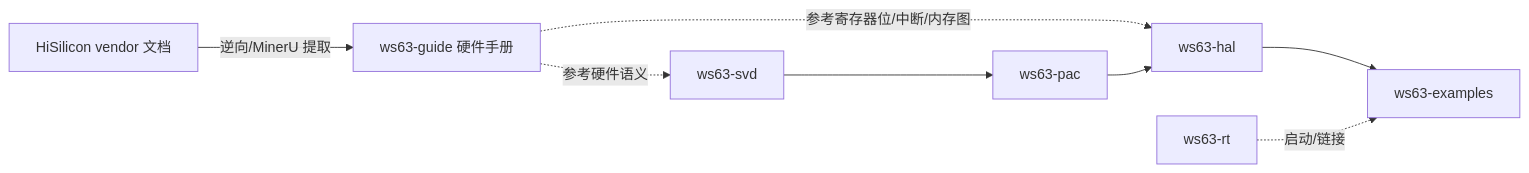
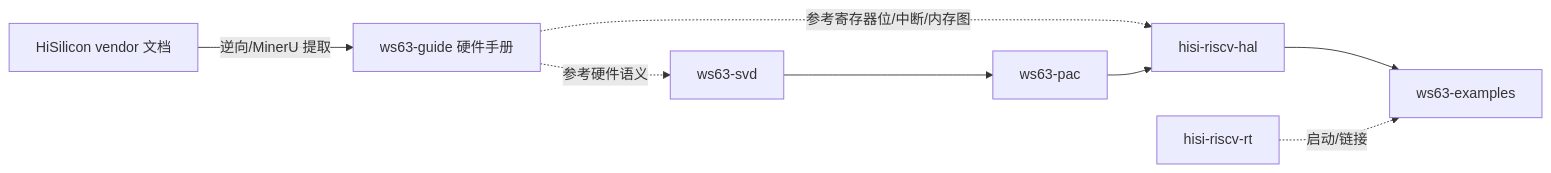
One commit to hispark-rs/hisi-riscv-rs changed the diagram in docs/architecture/ws63-guide.md. Above: the diagram before and after it, drawn with Mermaid. The commit also changed other lines of this file and 50 other files, not shown here.

````diff
--- a/docs/architecture/ws63-guide.md
+++ b/docs/architecture/ws63-guide.md
@@ -26,8 +26,8 @@
 ```mermaid
 flowchart LR
     vendor[HiSilicon vendor 文档] -->|逆向/MinerU 提取| guide[ws63-guide 硬件手册]
     guide -.参考硬件语义.-> svd[ws63-svd]
-    guide -.参考寄存器位/中断/内存图.-> hal[ws63-hal]
+    guide -.参考寄存器位/中断/内存图.-> hal[hisi-riscv-hal]
     svd --> pac[ws63-pac] --> hal --> ex[ws63-examples]
-    rt[ws63-rt] -. 启动/链接 .-> ex
+    rt[hisi-riscv-rt] -. 启动/链接 .-> ex
 ```
````
